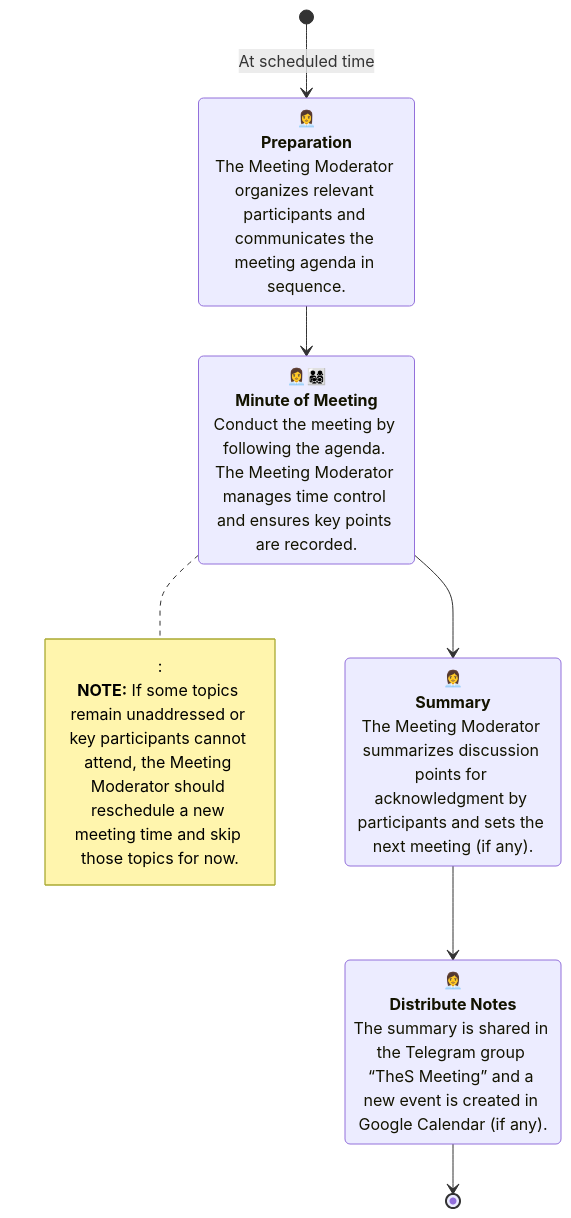
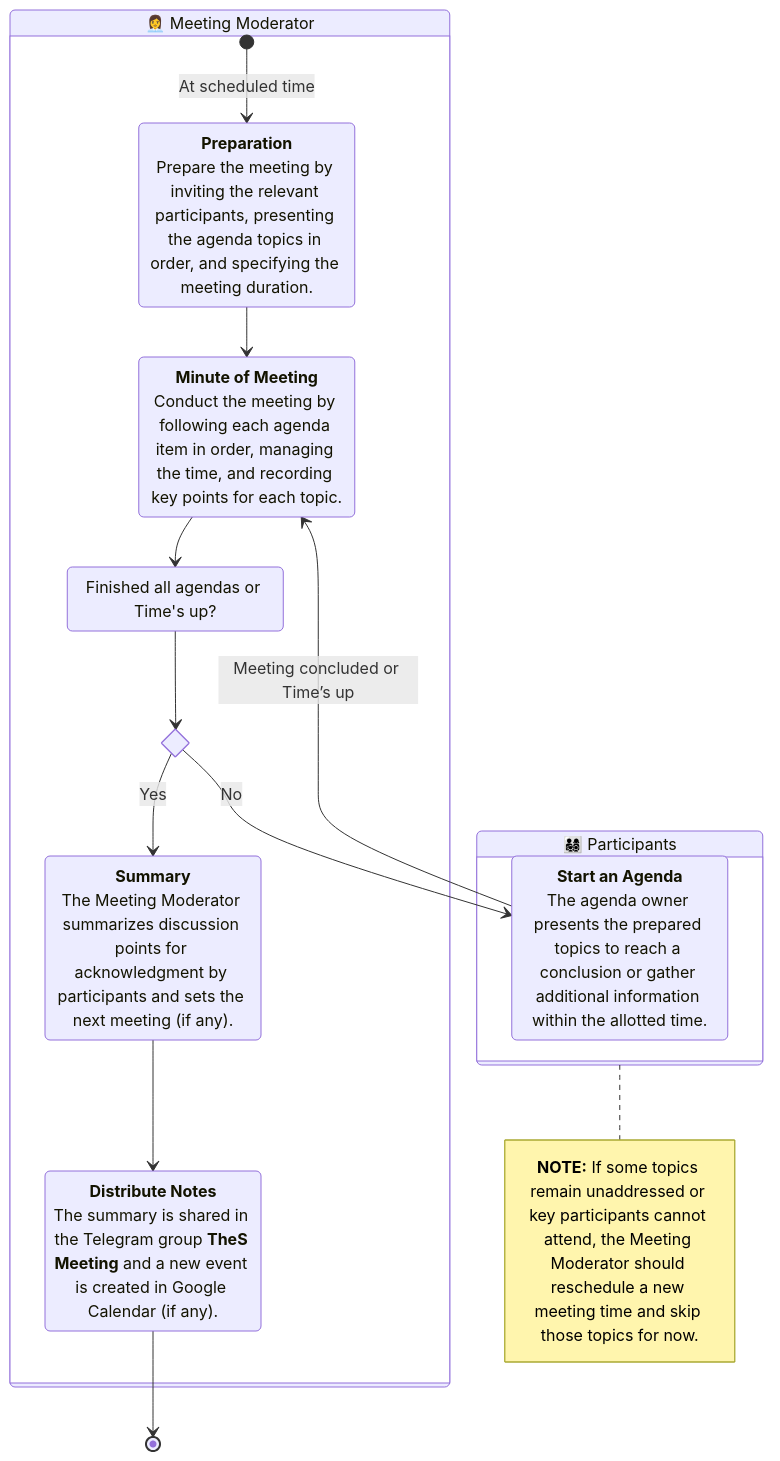
One commit to the-s-mana/employee-handbook changed the diagram in WorkflowProcesses/Meeting.md. Above: the diagram before and after it, drawn with Mermaid. The commit also changed other lines of this file, not shown here.

Commit message:
Update the Meeting's diagram by separated Meeting Moderator and Participants.

````diff
--- a/WorkflowProcesses/Meeting.md
+++ b/WorkflowProcesses/Meeting.md
@@ -7,17 +7,34 @@
 ```mermaid
 stateDiagram-v2
-  s1: 👩‍💼<br/>**Preparation**<br/>The Meeting Moderator organizes relevant participants and communicates the meeting agenda in sequence.
-  s2: 👩‍💼👨‍👩‍👧‍👦<br/>**Minute of Meeting**<br/>Conduct the meeting by following the agenda. The Meeting Moderator manages time control and ensures key points are recorded.
-  s3: 👩‍💼<br/>**Summary**<br/>The Meeting Moderator summarizes discussion points for acknowledgment by participants and sets the next meeting (if any).
-  s4: 👩‍💼<br/>**Distribute Notes**<br/>The summary is shared in the Telegram group “TheS Meeting” and a new event is created in Google Calendar (if any).
 
-  [*] --> s1: At scheduled time
-  s1 --> s2
-  s2 --> s3
-  s3 --> s4
-  s4 --> [*]
+  MeetingModerator: 👩‍💼 Meeting Moderator
+  state MeetingModerator {
+    [*] --> Preparation: At scheduled time
+    Preparation: **Preparation**<br/>Prepare the meeting by inviting the relevant participants, presenting the agenda topics in order, and specifying the meeting duration.
+    MOM: **Minute of Meeting**<br/>Conduct the meeting by following each agenda item in order, managing the time, and recording key points for each topic.
+    Summary: **Summary**<br/>The Meeting Moderator summarizes discussion points for acknowledgment by participants and sets the next meeting (if any).
+    DistributeNotes: **Distribute Notes**<br/>The summary is shared in the Telegram group **TheS Meeting** and a new event is created in Google Calendar (if any).
+    check: Finished all agendas or Time's up?
+    state if_state <<choice>>
+  }
 
-  note right of s2:
+  Participants: 👨‍👩‍👧‍👦 Participants
+  state Participants {
+    EachAgenda: **Start an Agenda**<br/>The agenda owner presents the prepared topics to reach a conclusion or gather additional information within the allotted time.
+  }
+
+  Preparation --> MOM
+  MOM --> check
+  check --> if_state
+    if_state --> Summary : Yes
+    if_state --> EachAgenda: No
+  %%s2 --> Participants
+  EachAgenda --> MOM: Meeting concluded or Time’s up
+  %%s2 --> s3: Time's up or finished all agendas
+  Summary --> DistributeNotes
+  DistributeNotes --> [*]
+
+  note right of Participants
     **NOTE:** If some topics remain unaddressed or key participants cannot attend, the Meeting Moderator should reschedule a new meeting time and skip those topics for now.
   end note
 ```
````
